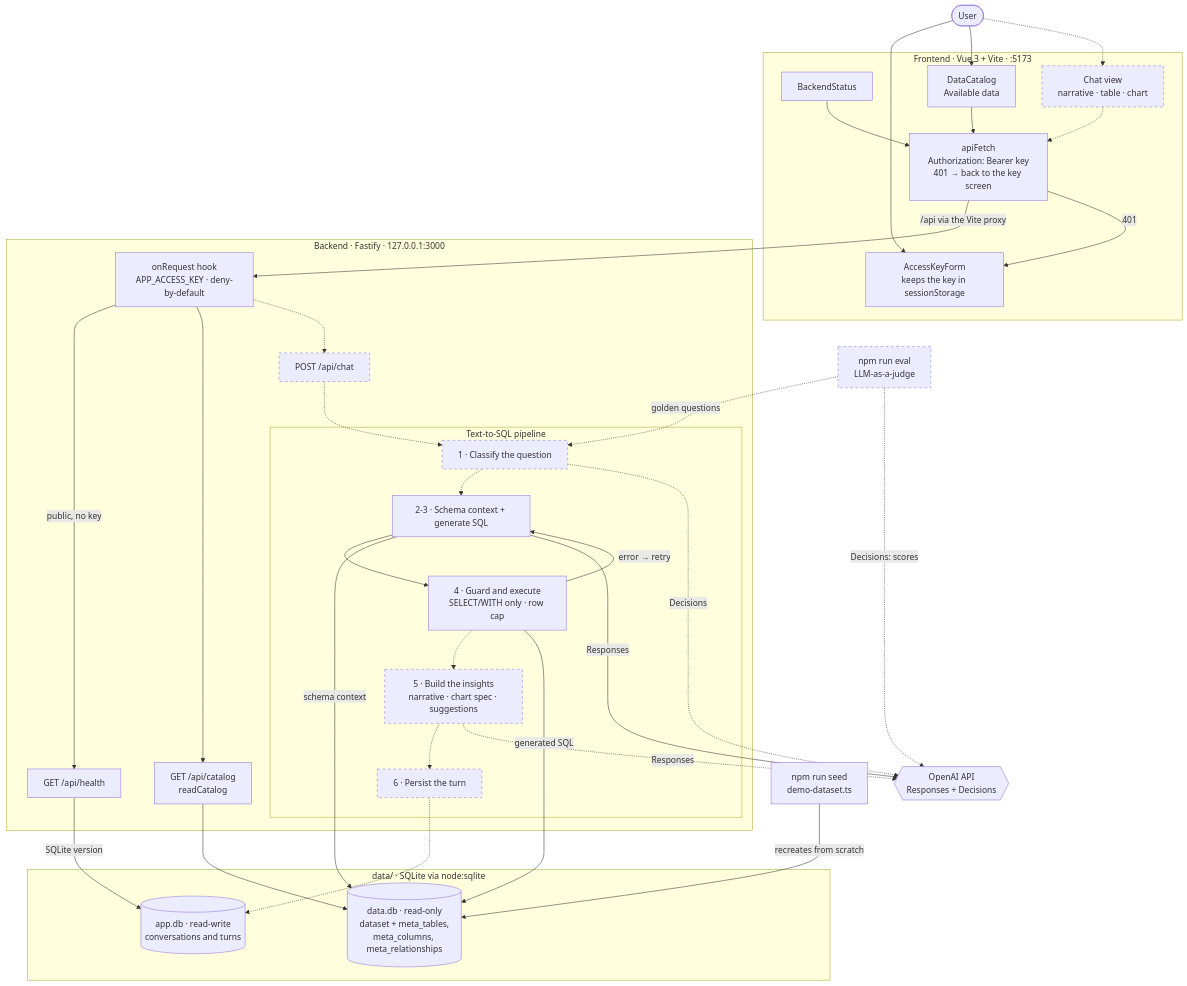
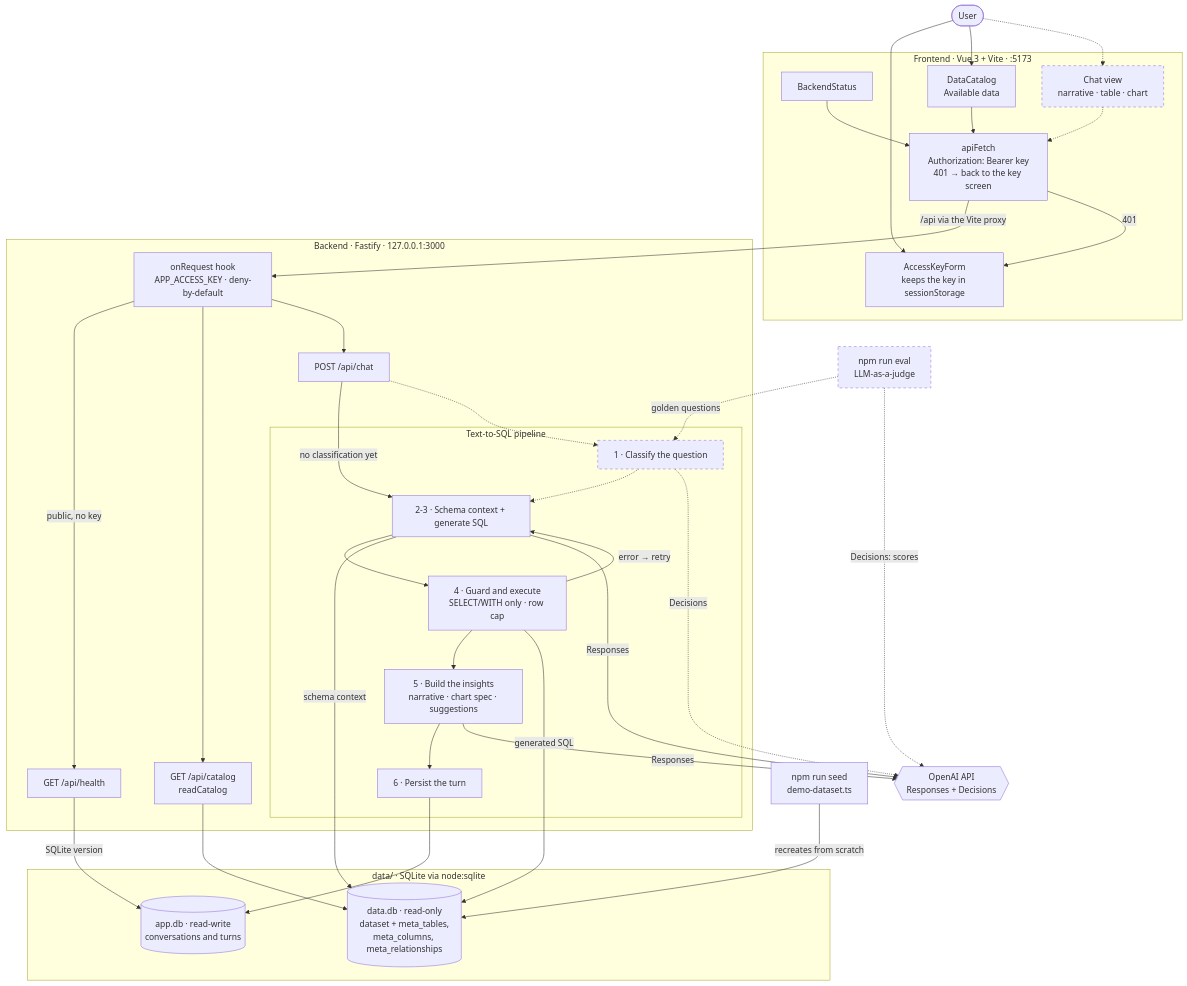
One commit to emiber/UTDT changed the diagram in docs/ARCHITECTURE_DIAGRAM.md. Above: the diagram before and after it, drawn with Mermaid. The commit also changed 3 other files, not shown here.

First line of the commit message:
docs: endpoint de chat, bloques, insights y variables de OpenAI obligatorias

````diff
--- a/docs/ARCHITECTURE_DIAGRAM.md
+++ b/docs/ARCHITECTURE_DIAGRAM.md
@@ -8,65 +8,66 @@
 ```mermaid
 flowchart TB
   user(["User"])
 
   subgraph FE["Frontend · Vue 3 + Vite · :5173"]
     keyForm["AccessKeyForm<br/>keeps the key in sessionStorage"]
     backendStatus["BackendStatus"]
     dataCatalog["DataCatalog<br/>Available data"]
     chatUi["Chat view<br/>narrative · table · chart"]
     apiFetch["apiFetch<br/>Authorization: Bearer key<br/>401 → back to the key screen"]
   end
 
   subgraph BE["Backend · Fastify · 127.0.0.1:3000"]
     authHook["onRequest hook<br/>APP_ACCESS_KEY · deny-by-default"]
     health["GET /api/health"]
     catalogRoute["GET /api/catalog<br/>readCatalog"]
     chatRoute["POST /api/chat"]
     subgraph PIPE["Text-to-SQL pipeline"]
       classify["1 · Classify the question"]
       genSql["2-3 · Schema context + generate SQL"]
       guard["4 · Guard and execute<br/>SELECT/WITH only · row cap"]
       insights["5 · Build the insights<br/>narrative · chart spec · suggestions"]
       persist["6 · Persist the turn"]
     end
   end
 
   subgraph DATA["data/ · SQLite via node:sqlite"]
     dataDb[("data.db · read-only<br/>dataset + meta_tables,<br/>meta_columns, meta_relationships")]
     appDb[("app.db · read-write<br/>conversations and turns")]
   end
 
   openai{{"OpenAI API<br/>Responses + Decisions"}}
   seed["npm run seed<br/>demo-dataset.ts"]
   evalCmd["npm run eval<br/>LLM-as-a-judge"]
 
   user --> keyForm
   user --> dataCatalog
   user -.-> chatUi
   backendStatus & dataCatalog --> apiFetch
   chatUi -.-> apiFetch
   apiFetch -->|"/api via the Vite proxy"| authHook
   apiFetch -->|"401"| keyForm
   authHook -->|"public, no key"| health
   authHook --> catalogRoute
-  authHook -.-> chatRoute
+  authHook --> chatRoute
   health -->|"SQLite version"| appDb
   catalogRoute --> dataDb
   seed -->|"recreates from scratch"| dataDb
 
+  chatRoute -->|"no classification yet"| genSql
   chatRoute -.-> classify -.-> genSql
   genSql --> guard
-  guard -.-> insights -.-> persist
+  guard --> insights --> persist
   guard -->|"error → retry"| genSql
   guard -->|"generated SQL"| dataDb
   genSql -->|"schema context"| dataDb
-  persist -.-> appDb
+  persist --> appDb
   classify -.->|"Decisions"| openai
   genSql -->|"Responses"| openai
-  insights -.->|"Responses"| openai
+  insights -->|"Responses"| openai
   evalCmd -.->|"golden questions"| classify
   evalCmd -.->|"Decisions: scores"| openai
 
   classDef planned stroke-dasharray: 5 5
-  class chatUi,chatRoute,classify,insights,persist,evalCmd planned
+  class chatUi,classify,evalCmd planned
 ```
````
